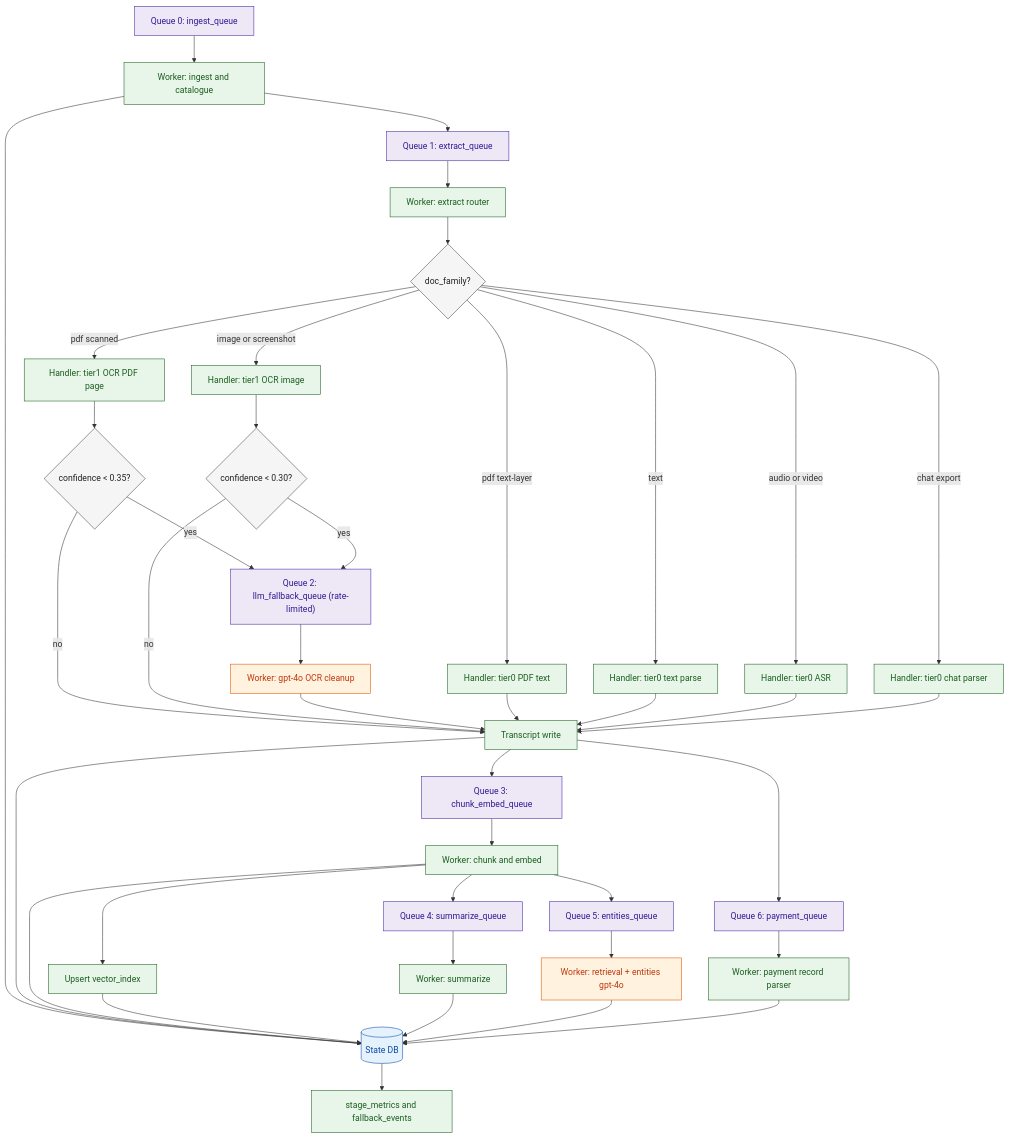
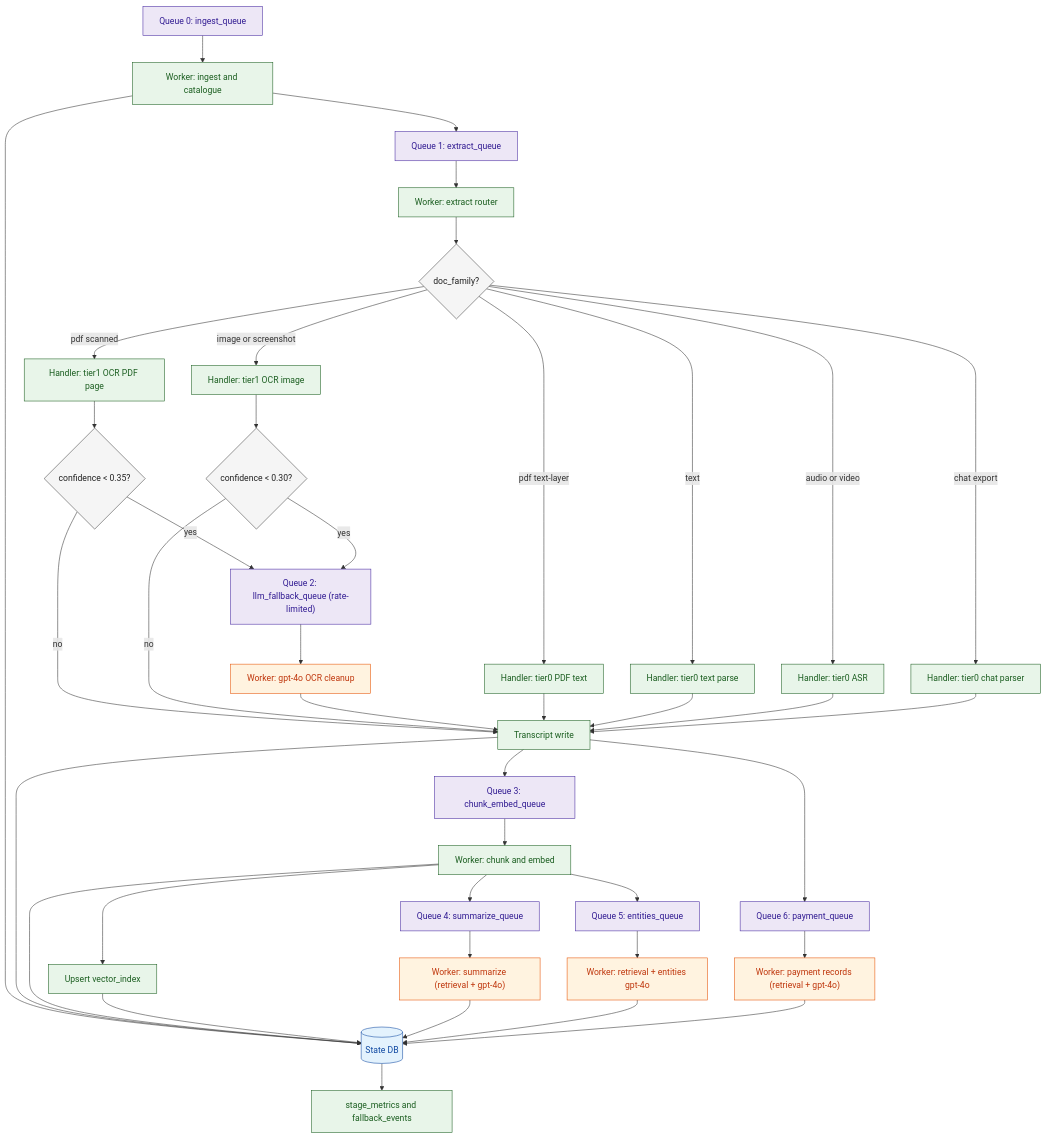
The second of 2 diagrams in README.md (qu-genesis/agentic-parse), drawn with Mermaid before and after one commit. The commit also changed other lines of this file and 4 other files, not shown here.

````diff
--- a/README.md
+++ b/README.md
@@ -82,64 +82,64 @@
 ```mermaid
 flowchart TD
     Q0["Queue 0: ingest_queue"] --> W0["Worker: ingest and catalogue"]
     W0 --> DB[("State DB")]
     W0 --> Q1["Queue 1: extract_queue"]
 
     Q1 --> W1["Worker: extract router"]
     W1 --> D0{"doc_family?"}
 
     D0 -->|pdf text-layer| H1["Handler: tier0 PDF text"]
     D0 -->|pdf scanned| H2["Handler: tier1 OCR PDF page"]
     D0 -->|image or screenshot| H3["Handler: tier1 OCR image"]
     D0 -->|text| H4["Handler: tier0 text parse"]
     D0 -->|audio or video| H5["Handler: tier0 ASR"]
     D0 -->|chat export| H6["Handler: tier0 chat parser"]
 
     H2 --> D1{"confidence < 0.35?"}
     H3 --> D2{"confidence < 0.30?"}
     D1 -->|yes| Q2["Queue 2: llm_fallback_queue (rate-limited)"]
     D2 -->|yes| Q2
     D1 -->|no| T0["Transcript write"]
     D2 -->|no| T0
 
     Q2 --> WL["Worker: gpt-4o OCR cleanup"]
     WL --> T0
 
     H1 --> T0
     H4 --> T0
     H5 --> T0
     H6 --> T0
 
     T0 --> DB
     T0 --> Q3["Queue 3: chunk_embed_queue"]
 
     Q3 --> W3["Worker: chunk and embed"]
     W3 --> DB
     W3 --> VI["Upsert vector_index"]
     VI --> DB
 
     W3 --> Q4["Queue 4: summarize_queue"]
     W3 --> Q5["Queue 5: entities_queue"]
     T0 --> Q6["Queue 6: payment_queue"]
 
-    Q4 --> WS["Worker: summarize"]
+    Q4 --> WS["Worker: summarize (retrieval + gpt-4o)"]
     WS --> DB
     Q5 --> WE["Worker: retrieval + entities gpt-4o"]
     WE --> DB
-    Q6 --> WP["Worker: payment record parser"]
+    Q6 --> WP["Worker: payment records (retrieval + gpt-4o)"]
     WP --> DB
 
     DB --> OBS["stage_metrics and fallback_events"]
 
     classDef det fill:#E8F5E9,stroke:#1B5E20,color:#1B5E20,stroke-width:1px;
     classDef llm fill:#FFF3E0,stroke:#E65100,color:#BF360C,stroke-width:1px;
     classDef state fill:#E3F2FD,stroke:#0D47A1,color:#0D47A1,stroke-width:1px;
     classDef decision fill:#F5F5F5,stroke:#424242,color:#212121,stroke-width:1px;
     classDef queue fill:#EDE7F6,stroke:#4527A0,color:#311B92,stroke-width:1px;
 
-    class W0,W1,H1,H2,H3,H4,H5,H6,T0,W3,VI,WS,WP,OBS det;
-    class WL,WE llm;
+    class W0,W1,H1,H2,H3,H4,H5,H6,T0,W3,VI,OBS det;
+    class WL,WE,WS,WP llm;
     class DB state;
     class D0,D1,D2 decision;
     class Q0,Q1,Q2,Q3,Q4,Q5,Q6 queue;
 ```
````
